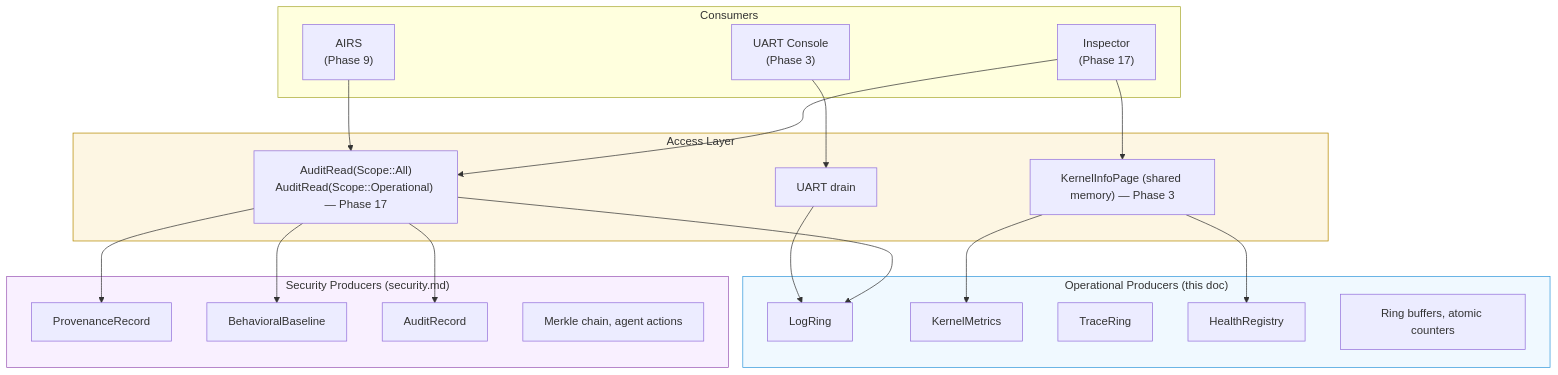
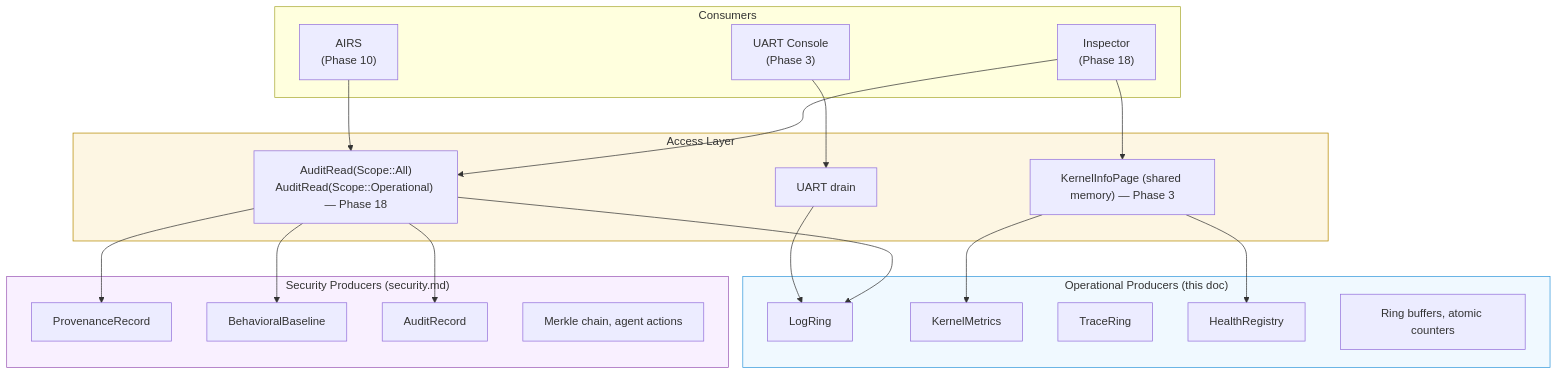
The diagram in docs/kernel/observability.md (juslee/aios), drawn with Mermaid before and after one commit. The commit also changed other lines of this file and 135 other files, not shown here.

First line of the commit message:
Renumber Phase 5→6 through Phase 46→47 across architecture docs

````diff
--- a/docs/kernel/observability.md
+++ b/docs/kernel/observability.md
@@ -24,46 +24,46 @@
 ```mermaid
 graph TD
     subgraph Consumers
-        Inspector["Inspector<br/>(Phase 17)"]
-        AIRS["AIRS<br/>(Phase 9)"]
+        Inspector["Inspector<br/>(Phase 18)"]
+        AIRS["AIRS<br/>(Phase 10)"]
         UART["UART Console<br/>(Phase 3)"]
     end
 
     subgraph Access["Access Layer"]
-        AuditRead["AuditRead(Scope::All)<br/>AuditRead(Scope::Operational) — Phase 17"]
+        AuditRead["AuditRead(Scope::All)<br/>AuditRead(Scope::Operational) — Phase 18"]
         InfoPage["KernelInfoPage (shared memory) — Phase 3"]
         Drain["UART drain"]
     end
 
     subgraph SecProd["Security Producers (security.md)"]
         Provenance["ProvenanceRecord"]
         Behavioral["BehavioralBaseline"]
         AuditRec["AuditRecord"]
         SecNote["Merkle chain, agent actions"]
     end
 
     subgraph OpsProd["Operational Producers (this doc)"]
         LogRing["LogRing"]
         Metrics["KernelMetrics"]
         TraceRing["TraceRing"]
         Health["HealthRegistry"]
         OpsNote["Ring buffers, atomic counters"]
     end
 
     Inspector --> AuditRead
     AIRS --> AuditRead
     Inspector --> InfoPage
     UART --> Drain
 
     AuditRead --> Provenance
     AuditRead --> Behavioral
     AuditRead --> AuditRec
     AuditRead --> LogRing
     InfoPage --> Metrics
     InfoPage --> Health
     Drain --> LogRing
 
     style SecProd fill:#f9f0ff,stroke:#9b59b6
     style OpsProd fill:#f0f9ff,stroke:#3498db
     style Access fill:#fdf6e3,stroke:#b58900
 ```
````
